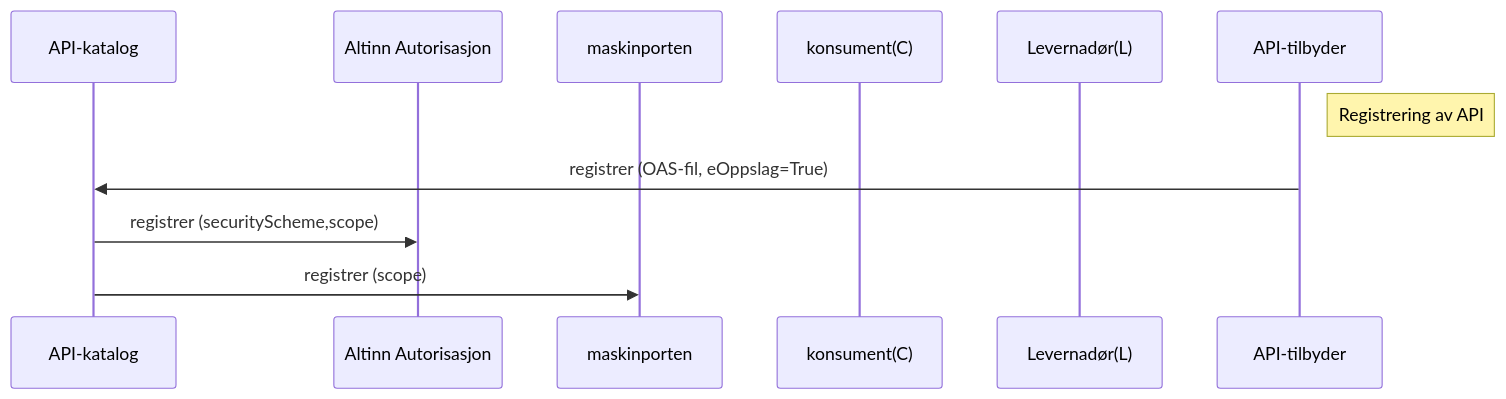
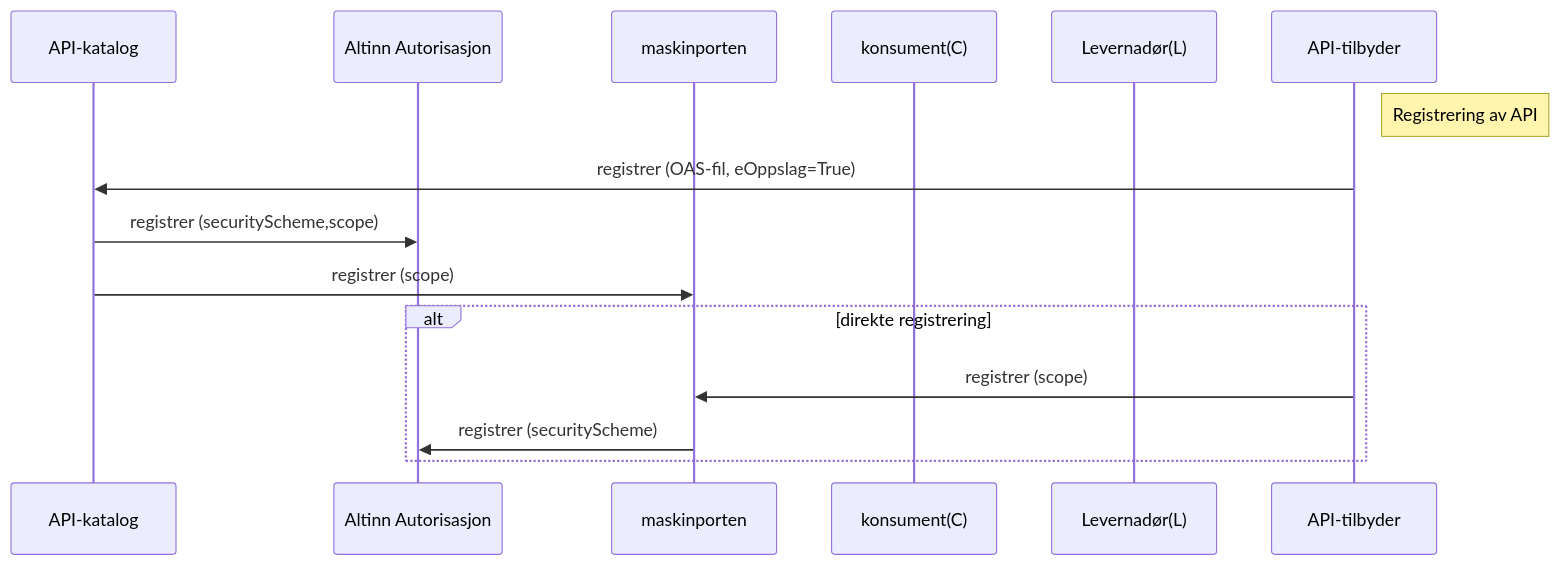
Before and after one commit to joergenb/oauth2-veileder: the diagram in pages/eoppslag/eoppslag_sbb_oauth2_sekvensdiagram.md, drawn with Mermaid.

```diff
--- a/pages/eoppslag/eoppslag_sbb_oauth2_sekvensdiagram.md
+++ b/pages/eoppslag/eoppslag_sbb_oauth2_sekvensdiagram.md
@@ -12,14 +12,17 @@
 <div class="mermaid">
 sequenceDiagram
   participant AP as API-katalog
   participant AA as Altinn Autorisasjon
   participant MP AS maskinporten
   participant C AS konsument(C)
   participant L AS Levernadør(L)
   participant A as API-tilbyder
   note right of A: Registrering av API
   A->>AP: registrer (OAS-fil, eOppslag=True)
   AP->>AA: registrer (securityScheme,scope)
   AP->>MP: registrer (scope)
-
+  alt direkte registrering
+    A->>MP: registrer (scope)
+    MP->>AA: registrer (securityScheme)
+  end
 </div>
```
